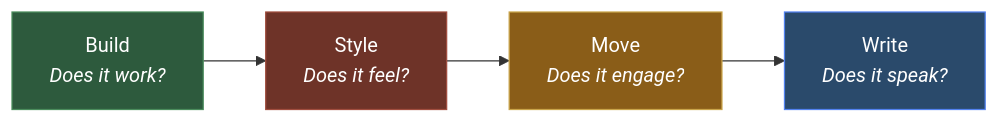
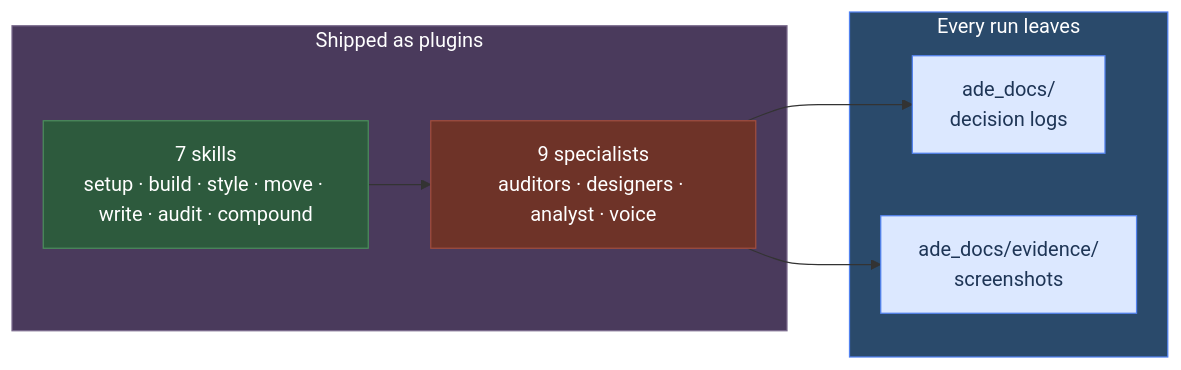
One commit to akshansh/agentic-design-engineering changed the second of 4 diagrams in README.md. Above: the diagram before and after it, drawn with Mermaid. The commit also changed other lines of this file, not shown here.

````diff
--- a/README.md
+++ b/README.md
@@ -145,11 +80,23 @@
 ```mermaid
-graph LR
-    A["Build<br/><i>Does it work?</i>"] --> B["Style<br/><i>Does it feel?</i>"]
-    B --> C["Move<br/><i>Does it engage?</i>"]
-    C --> D["Write<br/><i>Does it speak?</i>"]
+flowchart LR
+    subgraph Package["Shipped as plugins"]
+        Skills["7 skills<br/>setup · build · style · move · write · audit · compound"]
+        Agents["9 specialists<br/>auditors · designers · analyst · voice"]
+    end
 
-    style A fill:#2d5a3d,stroke:#4a8c5c,color:#fff
-    style B fill:#6e3328,stroke:#a04d3e,color:#fff
-    style C fill:#8a5d18,stroke:#c9a44a,color:#fff
-    style D fill:#2a4a6b,stroke:#5282ef,color:#fff
+    subgraph Proof["Every run leaves"]
+        Logs["ade_docs/<br/>decision logs"]
+        Evidence["ade_docs/evidence/<br/>screenshots"]
+    end
+
+    Skills --> Agents
+    Agents --> Logs
+    Agents --> Evidence
+
+    style Package fill:#4a3a5c,stroke:#7a6a8c,color:#fff
+    style Skills fill:#2d5a3d,stroke:#4a8c5c,color:#fff
+    style Agents fill:#6e3328,stroke:#a04d3e,color:#fff
+    style Proof fill:#2a4a6b,stroke:#5282ef,color:#fff
+    style Logs fill:#dce8ff,stroke:#5282ef,color:#1e3556
+    style Evidence fill:#dce8ff,stroke:#5282ef,color:#1e3556
 ```
````
